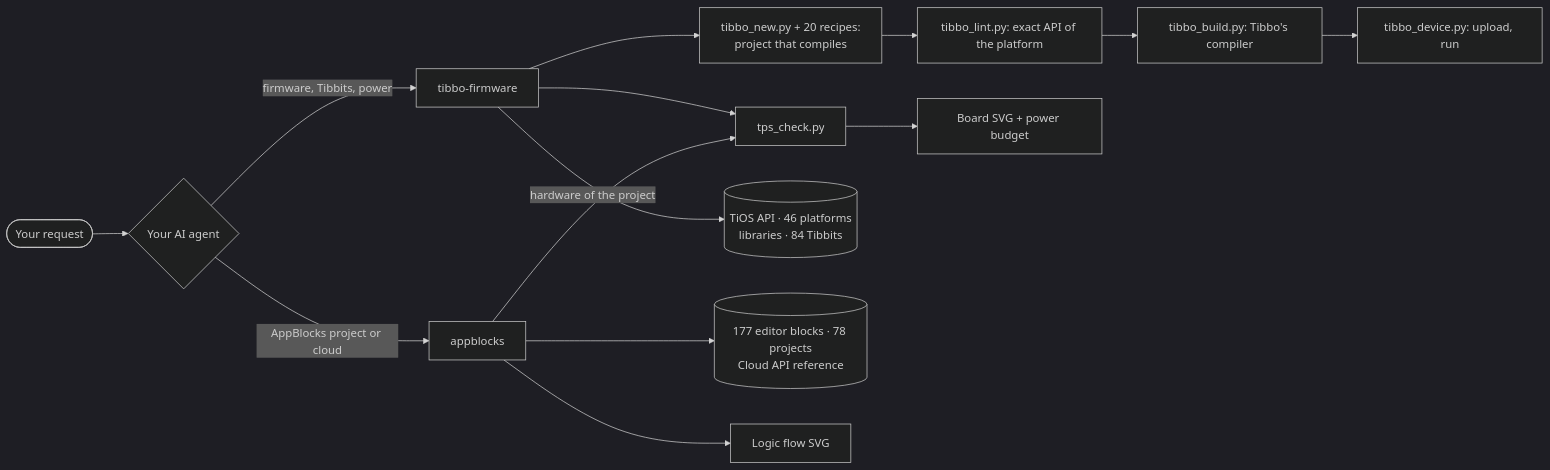
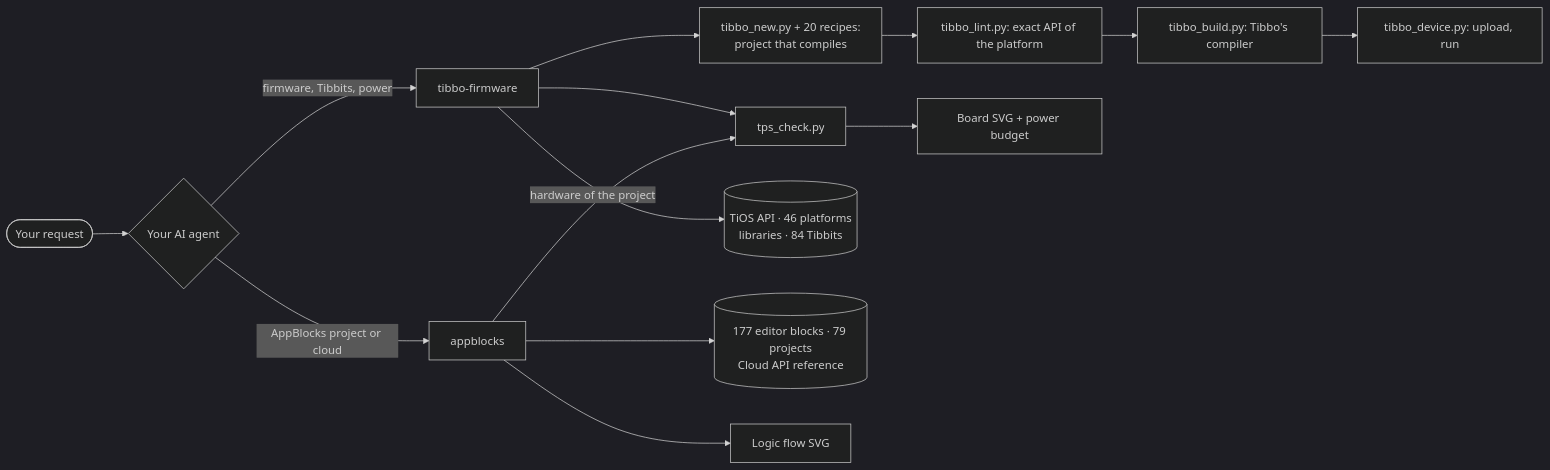
The diagram in README.md (SCANCODE-IOT/tibbo-ai-skills), drawn with Mermaid (dark theme) before and after one commit. The commit also changed other lines of this file and 31 other files, not shown here.

````diff
--- a/README.md
+++ b/README.md
@@ -47,16 +47,16 @@
 ```mermaid
 flowchart LR
     U([Your request]) --> C{Your AI agent}
     C -->|firmware, Tibbits, power| F[tibbo-firmware]
     C -->|AppBlocks project or cloud| A[appblocks]
     A -->|hardware of the project| T[tps_check.py]
     F --> T
     F --> G[tibbo_new.py + 20 recipes:<br/>project that compiles]
     G --> N[tibbo_lint.py: exact API of the platform]
     N --> B[tibbo_build.py: Tibbo's compiler]
     B --> D[tibbo_device.py: upload, run]
     F --> R[(TiOS API · 46 platforms<br/>libraries · 84 Tibbits)]
-    A --> K[(177 editor blocks · 78 projects<br/>Cloud API reference)]
+    A --> K[(177 editor blocks · 79 projects<br/>Cloud API reference)]
     T --> S[Board SVG + power budget]
     A --> L[Logic flow SVG]
 ```
````
